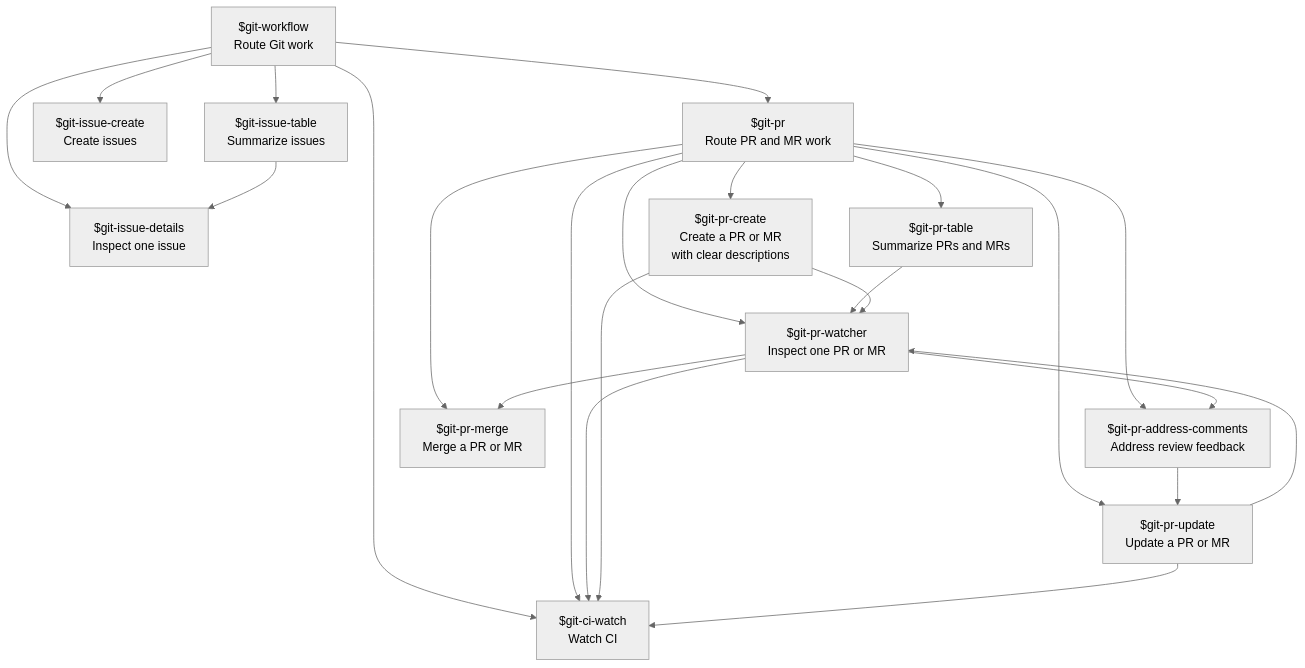
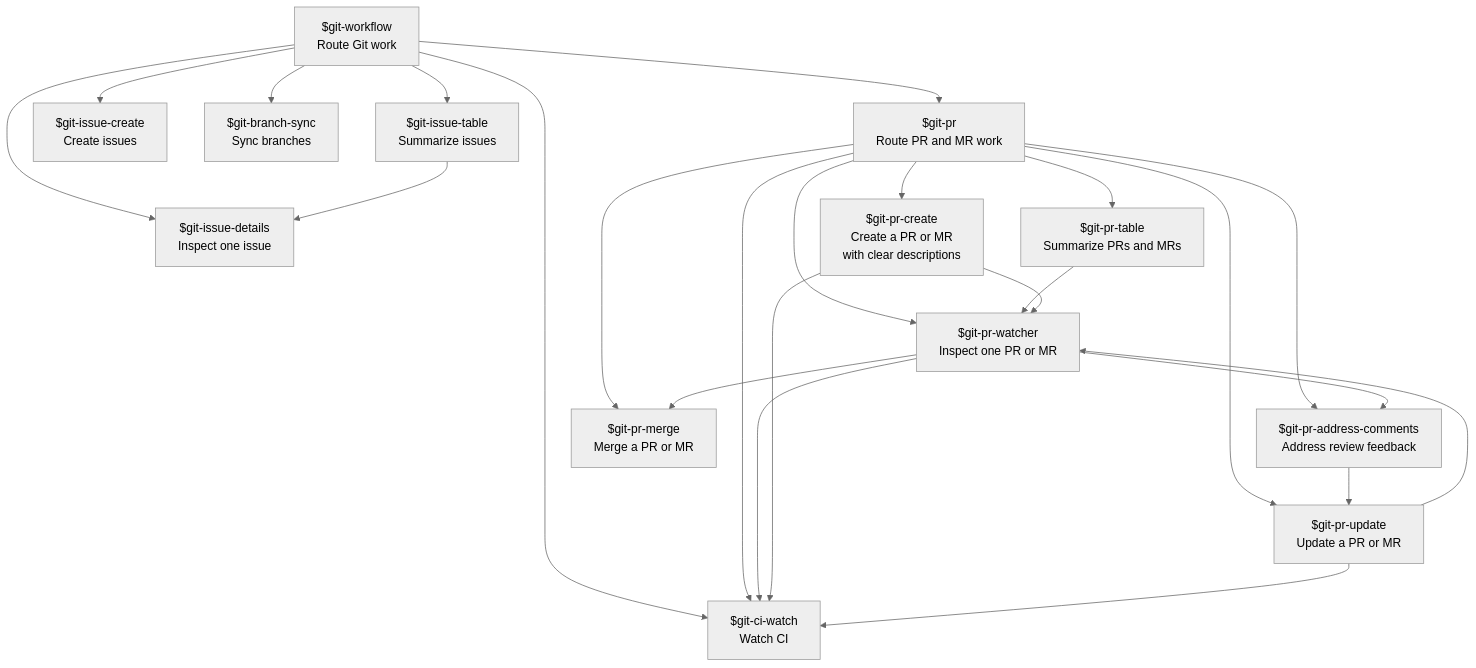
The diagram in agent-matrix.md (jeeftor/gitSkills), drawn with Mermaid (neutral theme) before and after one commit. The commit also changed other lines of this file and 7 other files, not shown here.

Commit message:
Add branch sync skill

````diff
--- a/agent-matrix.md
+++ b/agent-matrix.md
@@ -3,38 +3,40 @@
 ```mermaid
 flowchart TD
     WORKFLOW["$git-workflow<br/>Route Git work"]
     ISSUE_TABLE["$git-issue-table<br/>Summarize issues"]
     ISSUE_DETAILS["$git-issue-details<br/>Inspect one issue"]
     ISSUE_CREATE["$git-issue-create<br/>Create issues"]
+    BRANCH_SYNC["$git-branch-sync<br/>Sync branches"]
     PR["$git-pr<br/>Route PR and MR work"]
     PR_TABLE["$git-pr-table<br/>Summarize PRs and MRs"]
     PR_WATCHER["$git-pr-watcher<br/>Inspect one PR or MR"]
     PR_ADDRESS["$git-pr-address-comments<br/>Address review feedback"]
     CI_WATCH["$git-ci-watch<br/>Watch CI"]
     PR_CREATE["$git-pr-create<br/>Create a PR or MR<br/>with clear descriptions"]
     PR_UPDATE["$git-pr-update<br/>Update a PR or MR"]
     PR_MERGE["$git-pr-merge<br/>Merge a PR or MR"]
 
     WORKFLOW --> ISSUE_TABLE
     WORKFLOW --> ISSUE_DETAILS
     WORKFLOW --> ISSUE_CREATE
+    WORKFLOW --> BRANCH_SYNC
     WORKFLOW --> PR
     WORKFLOW --> CI_WATCH
     ISSUE_TABLE --> ISSUE_DETAILS
     PR --> PR_TABLE
     PR --> PR_WATCHER
     PR --> PR_ADDRESS
     PR --> CI_WATCH
     PR --> PR_CREATE
     PR --> PR_UPDATE
     PR --> PR_MERGE
     PR_TABLE --> PR_WATCHER
     PR_WATCHER --> CI_WATCH
     PR_WATCHER --> PR_ADDRESS
     PR_ADDRESS --> PR_UPDATE
     PR_CREATE --> PR_WATCHER
     PR_CREATE --> CI_WATCH
     PR_UPDATE --> CI_WATCH
     PR_UPDATE --> PR_WATCHER
     PR_WATCHER --> PR_MERGE
 ```
````
